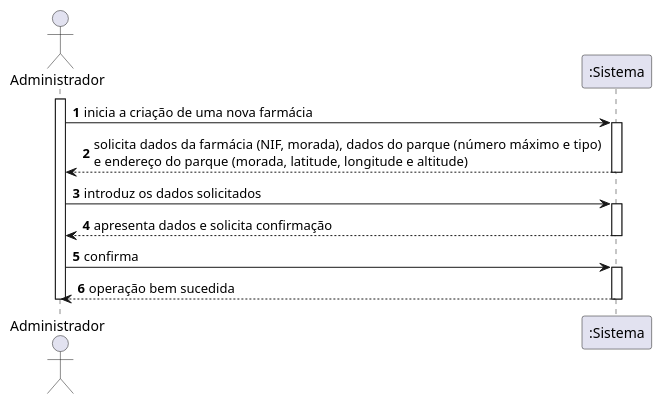
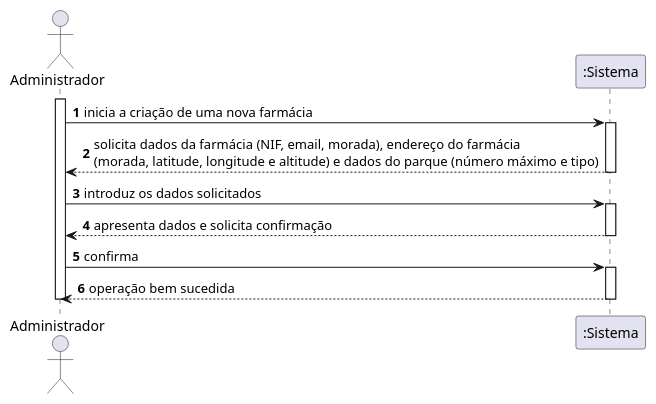
The diagram in docs/UC128/SSD-REGISTAR FARMACIA.puml (pedrolemos4/LAPR3), drawn with PlantUML before and after one commit. The commit also changed 3 other files, not shown here.

```diff
--- a/docs/UC128/SSD-REGISTAR FARMACIA.puml
+++ b/docs/UC128/SSD-REGISTAR FARMACIA.puml
@@ -1,22 +1,22 @@
 @startuml
 autonumber
 actor "Administrador" as ADM
 
 activate ADM
 ADM -> ":Sistema" : inicia a criação de uma nova farmácia
 activate ":Sistema"
-":Sistema" --> ADM : solicita dados da farmácia (NIF, morada), dados do parque (número máximo e tipo) \ne endereço do parque (morada, latitude, longitude e altitude)
+":Sistema" --> ADM : solicita dados da farmácia (NIF, email, morada), endereço do farmácia \n(morada, latitude, longitude e altitude) e dados do parque (número máximo e tipo)
 deactivate ":Sistema"
 
 ADM -> ":Sistema" : introduz os dados solicitados
 activate ":Sistema"
 ":Sistema" --> ADM : apresenta dados e solicita confirmação
 deactivate ":Sistema"
 
 ADM -> ":Sistema" : confirma
 activate ":Sistema"
 ":Sistema" --> ADM : operação bem sucedida
 deactivate ":Sistema"
 
 deactivate ADM
 @enduml
```
